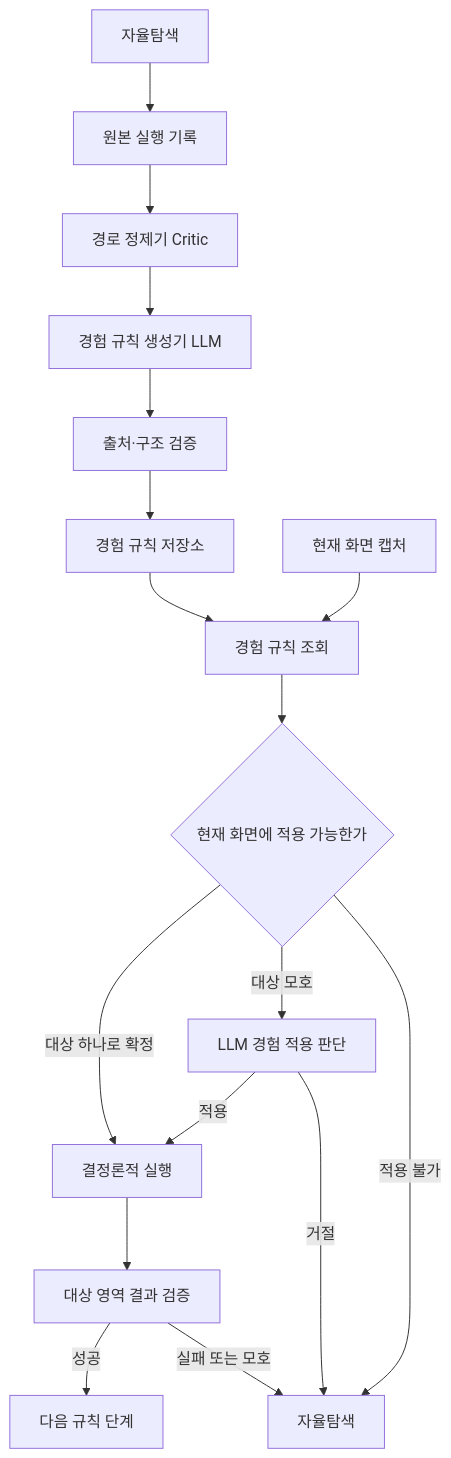
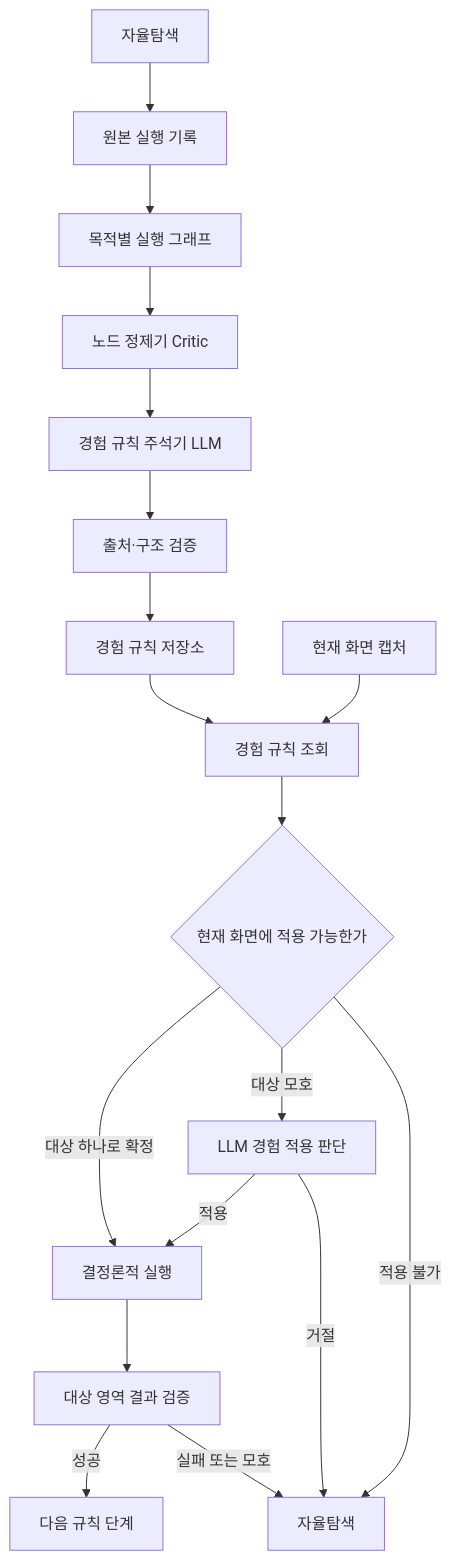
One commit to Dreamtreeme/L2C changed the diagram in docs/experience_rule_refactor_plan.md. Above: the diagram before and after it, drawn with Mermaid. The commit also changed other lines of this file and 98 other files, not shown here.

````diff
--- a/docs/experience_rule_refactor_plan.md
+++ b/docs/experience_rule_refactor_plan.md
@@ -64,20 +64,21 @@
 ```mermaid
 flowchart TD
     A["자율탐색"] --> B["원본 실행 기록"]
-    B --> C["경로 정제기 Critic"]
-    C --> D["경험 규칙 생성기 LLM"]
+    B --> B2["목적별 실행 그래프"]
+    B2 --> C["노드 정제기 Critic"]
+    C --> D["경험 규칙 주석기 LLM"]
     D --> E["출처·구조 검증"]
     E --> F["경험 규칙 저장소"]
 
     G["현재 화면 캡처"] --> H["경험 규칙 조회"]
     F --> H
     H --> I{"현재 화면에 적용 가능한가"}
     I -->|"대상 하나로 확정"| J["결정론적 실행"]
     I -->|"대상 모호"| K["LLM 경험 적용 판단"]
     I -->|"적용 불가"| L["자율탐색"]
     K -->|"적용"| J
     K -->|"거절"| L
     J --> M["대상 영역 결과 검증"]
     M -->|"성공"| N["다음 규칙 단계"]
     M -->|"실패 또는 모호"| L
 ```
````
